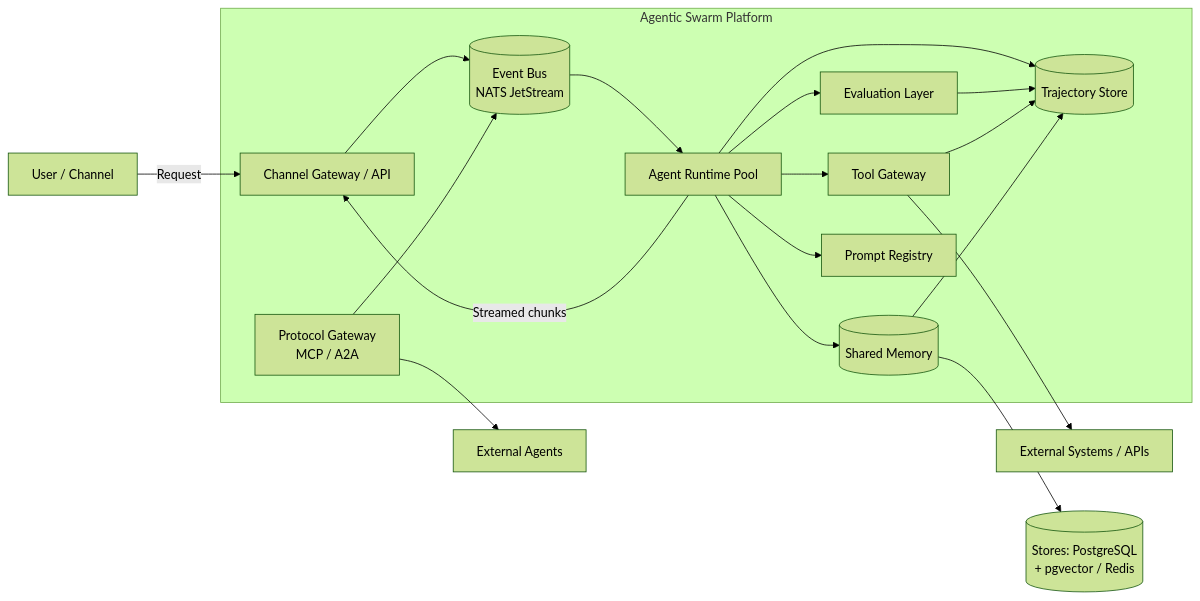
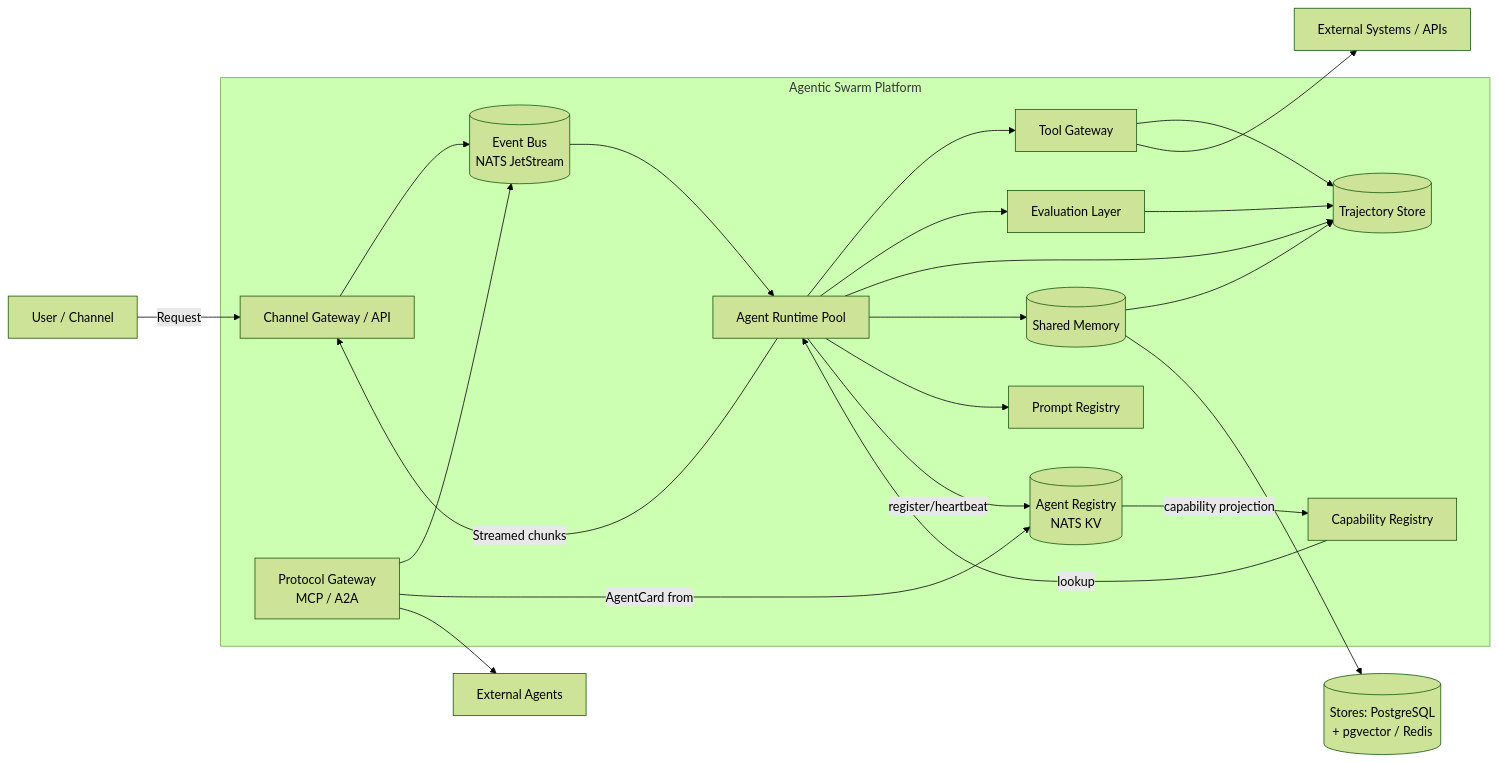
Before and after one commit to figielf/swarm_of_agents_2: the diagram in design/high_level_architecture.md, drawn with Mermaid (forest theme). The commit also changed other lines of this file and 12 other files, not shown here.

Commit message:
add AgentSpec and AgentRegistry

````diff
--- a/design/high_level_architecture.md
+++ b/design/high_level_architecture.md
@@ -59,23 +60,27 @@
 ```mermaid
 flowchart LR
   U[User / Channel] -->|Request| GW[Channel Gateway / API]
 
   subgraph Platform["Agentic Swarm Platform"]
     GW --> EB[(Event Bus<br/>NATS JetStream)]
     EB --> AR[Agent Runtime Pool]
     AR --> TG[Tool Gateway]
     AR --> EV[Evaluation Layer]
     AR --> TS[(Trajectory Store)]
     AR --> SM[(Shared Memory)]
     AR --> PR[Prompt Registry]
+    AR -->|register/heartbeat| REG[(Agent Registry<br/>NATS KV)]
+    REG -->|capability projection| CR[Capability Registry]
+    CR -->|lookup| AR
     EV --> TS
     TG --> TS
     SM --> TS
     AR -->|Streamed chunks| GW
     PG[Protocol Gateway<br/>MCP / A2A] --> EB
+    PG -->|AgentCard from| REG
   end
 
   TG --> EXT[External Systems / APIs]
   SM --> DB[(Stores: PostgreSQL<br/>+ pgvector / Redis)]
   PG --> EEXT[External Agents]
 ```
````
